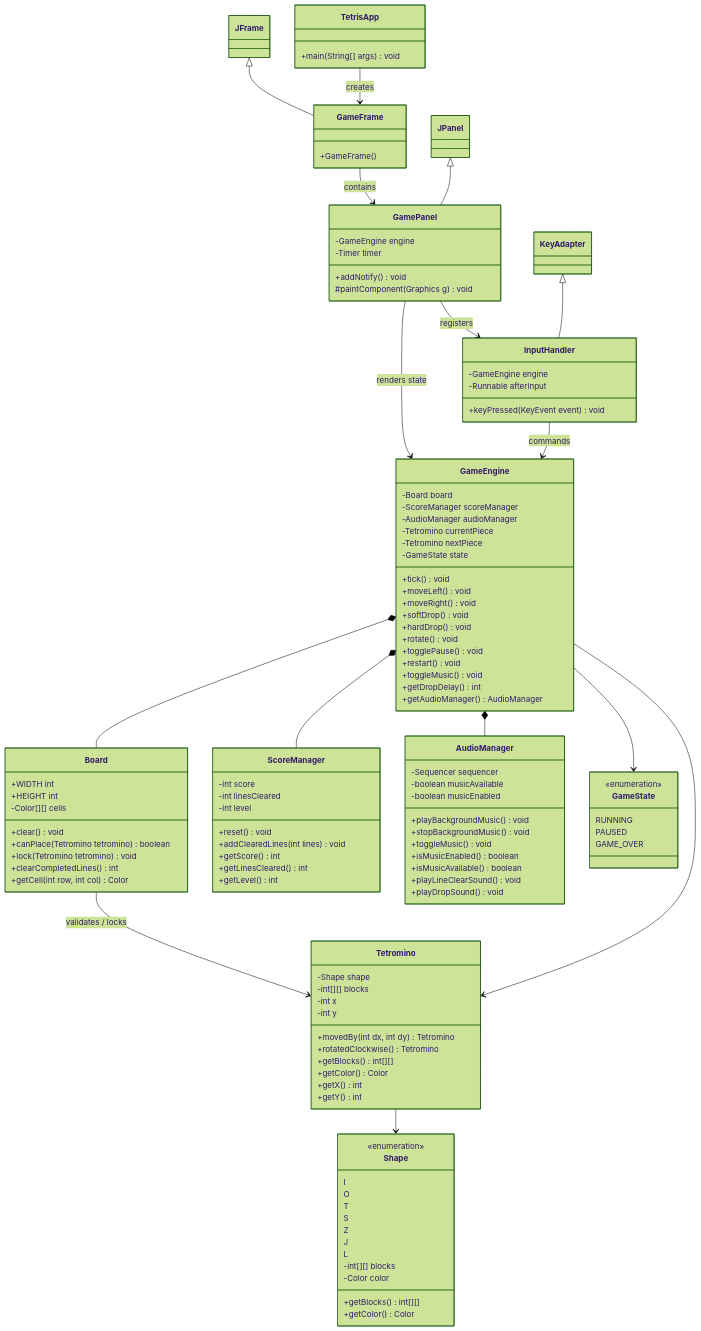
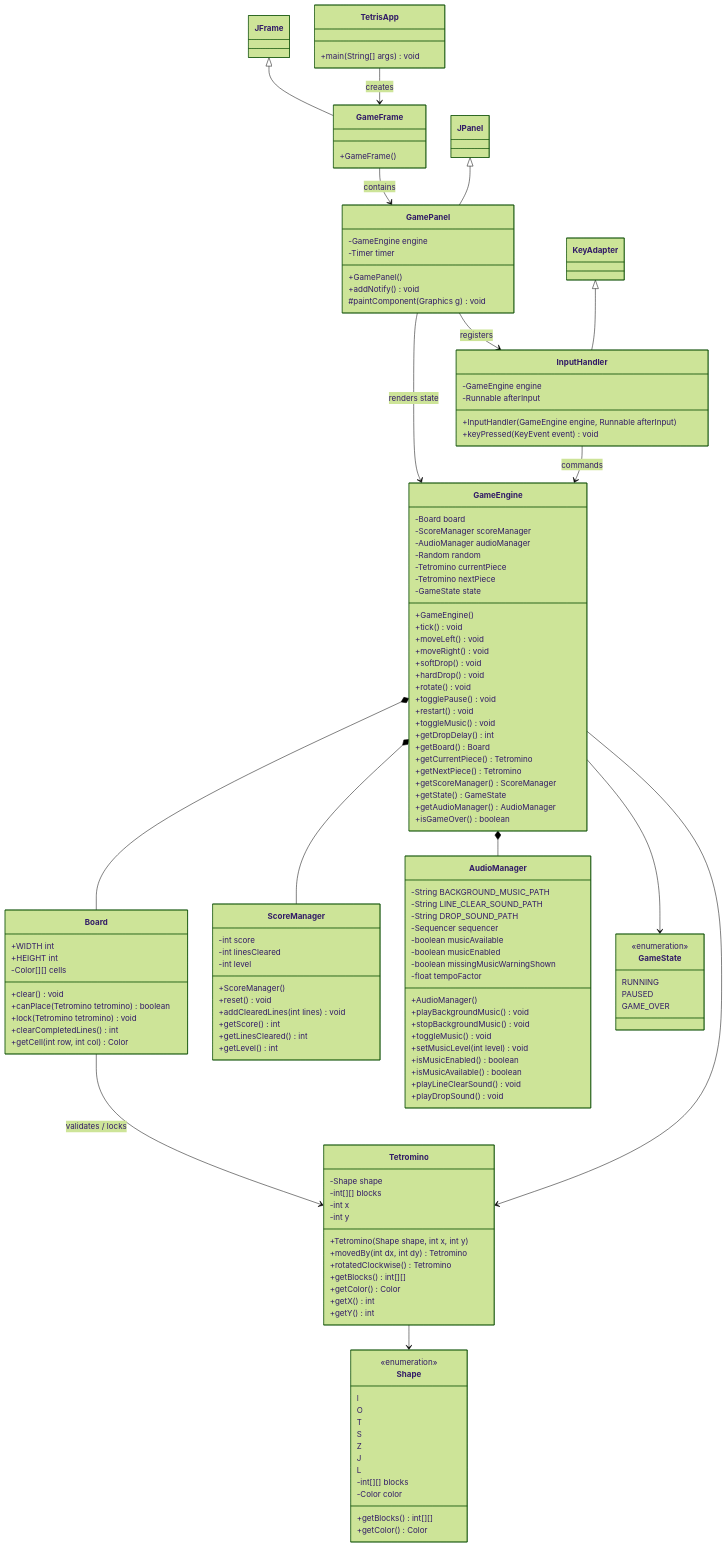
Before and after one commit to sheng-luen-chung/java-swing-tetris: the first of 7 diagrams in docs/uml-class-design.md, drawn with Mermaid (forest theme). The commit also changed other lines of this file, not shown here.

Commit message:
更新 UML 設計文件

```diff
--- a/docs/uml-class-design.md
+++ b/docs/uml-class-design.md
@@ -17,6 +25,7 @@
     class GamePanel {
         -GameEngine engine
         -Timer timer
+        +GamePanel()
         +addNotify() void
         #paintComponent(Graphics g) void
     }
@@ -24,6 +33,7 @@
     class InputHandler {
         -GameEngine engine
         -Runnable afterInput
+        +InputHandler(GameEngine engine, Runnable afterInput)
         +keyPressed(KeyEvent event) void
     }
 
@@ -31,9 +41,11 @@
         -Board board
         -ScoreManager scoreManager
         -AudioManager audioManager
+        -Random random
         -Tetromino currentPiece
         -Tetromino nextPiece
         -GameState state
+        +GameEngine()
         +tick() void
         +moveLeft() void
         +moveRight() void
@@ -44,16 +56,29 @@
         +restart() void
         +toggleMusic() void
         +getDropDelay() int
+        +getBoard() Board
+        +getCurrentPiece() Tetromino
+        +getNextPiece() Tetromino
+        +getScoreManager() ScoreManager
+        +getState() GameState
         +getAudioManager() AudioManager
+        +isGameOver() boolean
     }
 
     class AudioManager {
+        -String BACKGROUND_MUSIC_PATH
+        -String LINE_CLEAR_SOUND_PATH
+        -String DROP_SOUND_PATH
         -Sequencer sequencer
         -boolean musicAvailable
         -boolean musicEnabled
+        -boolean missingMusicWarningShown
+        -float tempoFactor
+        +AudioManager()
         +playBackgroundMusic() void
         +stopBackgroundMusic() void
         +toggleMusic() void
+        +setMusicLevel(int level) void
         +isMusicEnabled() boolean
         +isMusicAvailable() boolean
         +playLineClearSound() void
@@ -76,6 +101,7 @@
         -int[][] blocks
         -int x
         -int y
+        +Tetromino(Shape shape, int x, int y)
         +movedBy(int dx, int dy) Tetromino
         +rotatedClockwise() Tetromino
         +getBlocks() int[][]
@@ -110,6 +136,7 @@
         -int score
         -int linesCleared
         -int level
+        +ScoreManager()
         +reset() void
         +addClearedLines(int lines) void
         +getScore() int
```
